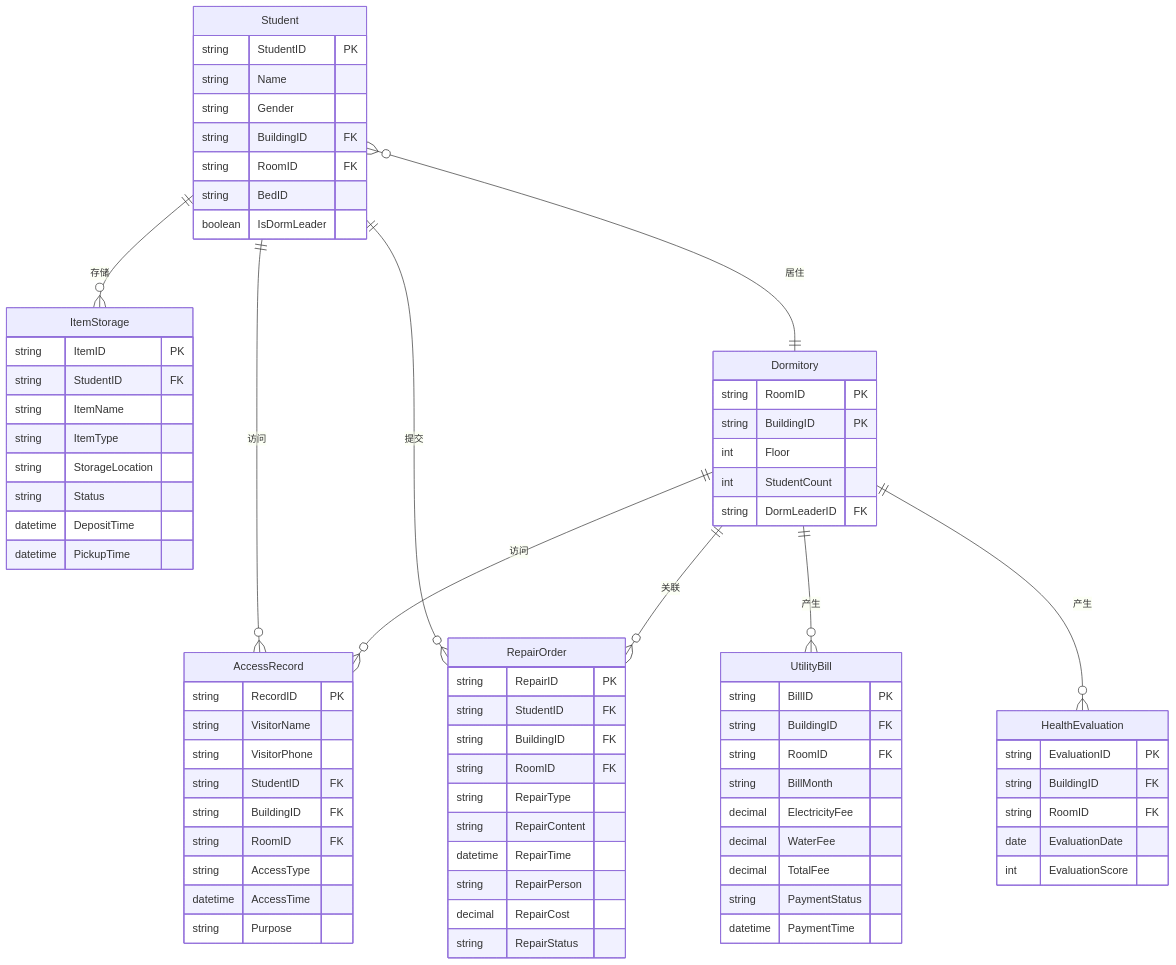
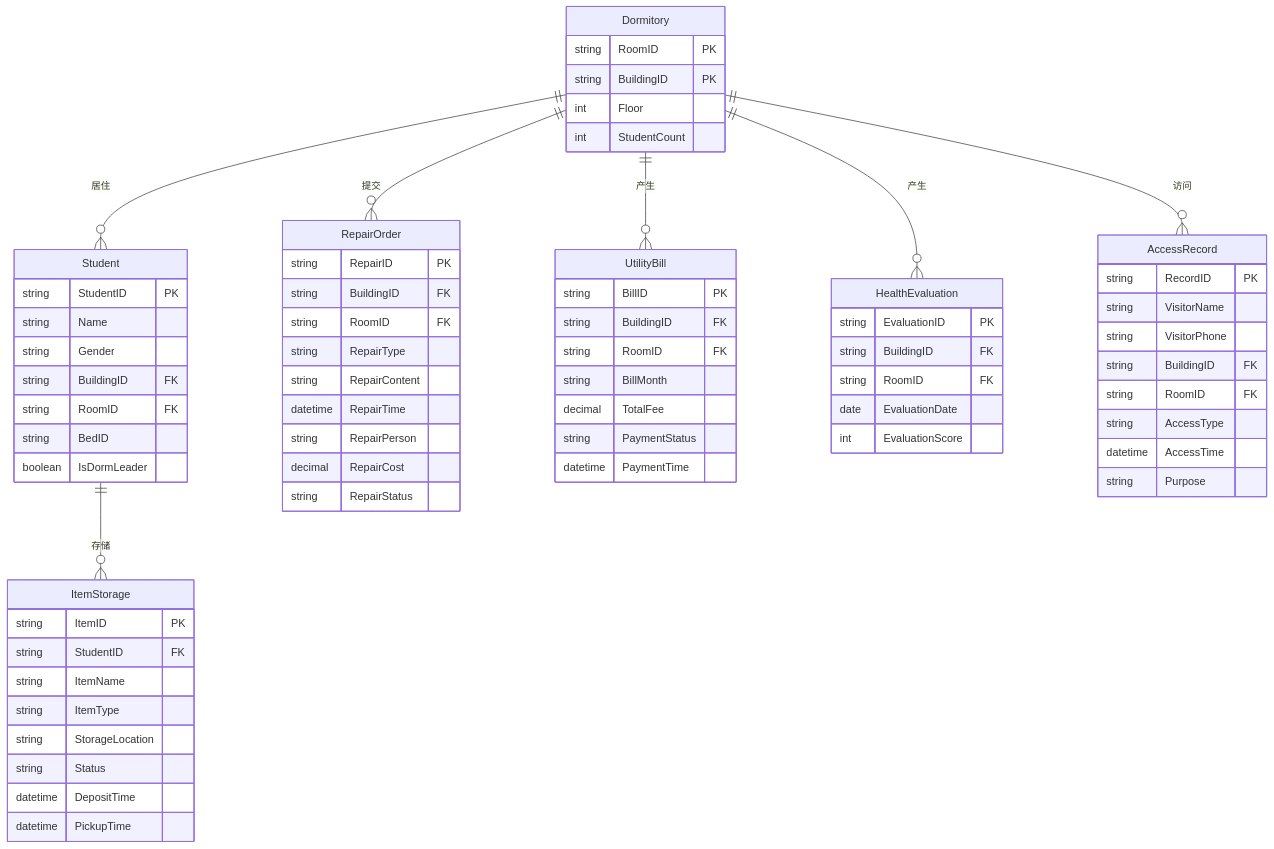
One commit to FoliAge-0x76/Dorm-DBMSProject changed the diagram in docs/design/er_graph/表关系图.mermaid. Above: the diagram before and after it, drawn with Mermaid. The commit also changed 12 other files, not shown here.

```diff
--- a/docs/design/er_graph/表关系图.mermaid
+++ b/docs/design/er_graph/表关系图.mermaid
@@ -1,79 +1,72 @@
 erDiagram
     Student {
         string StudentID PK
         string Name
         string Gender
         string BuildingID FK
         string RoomID FK
         string BedID
         boolean IsDormLeader
     }
     ItemStorage {
         string ItemID PK
         string StudentID FK
         string ItemName
         string ItemType
         string StorageLocation
         string Status
         datetime DepositTime
         datetime PickupTime
     }
     Dormitory {
         string RoomID PK
         string BuildingID PK
         int Floor
         int StudentCount
-        string DormLeaderID FK
     }
 
     RepairOrder {
         string RepairID PK
-        string StudentID FK
         string BuildingID FK
         string RoomID FK
         string RepairType
         string RepairContent
         datetime RepairTime
         string RepairPerson
         decimal RepairCost
         string RepairStatus
     }
 
     UtilityBill {
         string BillID PK
         string BuildingID FK
         string RoomID FK
         string BillMonth
-        decimal ElectricityFee
-        decimal WaterFee
         decimal TotalFee
         string PaymentStatus
         datetime PaymentTime
     }
 
     HealthEvaluation {
         string EvaluationID PK
         string BuildingID FK
         string RoomID FK
         date EvaluationDate
         int EvaluationScore
     }
     AccessRecord {
         string RecordID PK
         string VisitorName
         string VisitorPhone
-        string StudentID FK
         string BuildingID FK
         string RoomID FK
         string AccessType
         datetime AccessTime
         string Purpose
     }
-    Student ||--o{ AccessRecord : 访问
     Dormitory ||--o{ AccessRecord : 访问
     Student ||--o{ ItemStorage : 存储
-    Student ||--o{ RepairOrder : 提交
-    Student }o--|| Dormitory : "居住"
-    Dormitory ||--o{ RepairOrder : "关联"
+    Dormitory ||--o{ RepairOrder : 提交
+    Dormitory ||--o{ Student : "居住"
     Dormitory ||--o{ UtilityBill : "产生"
     Dormitory ||--o{ HealthEvaluation : "产生"
```
